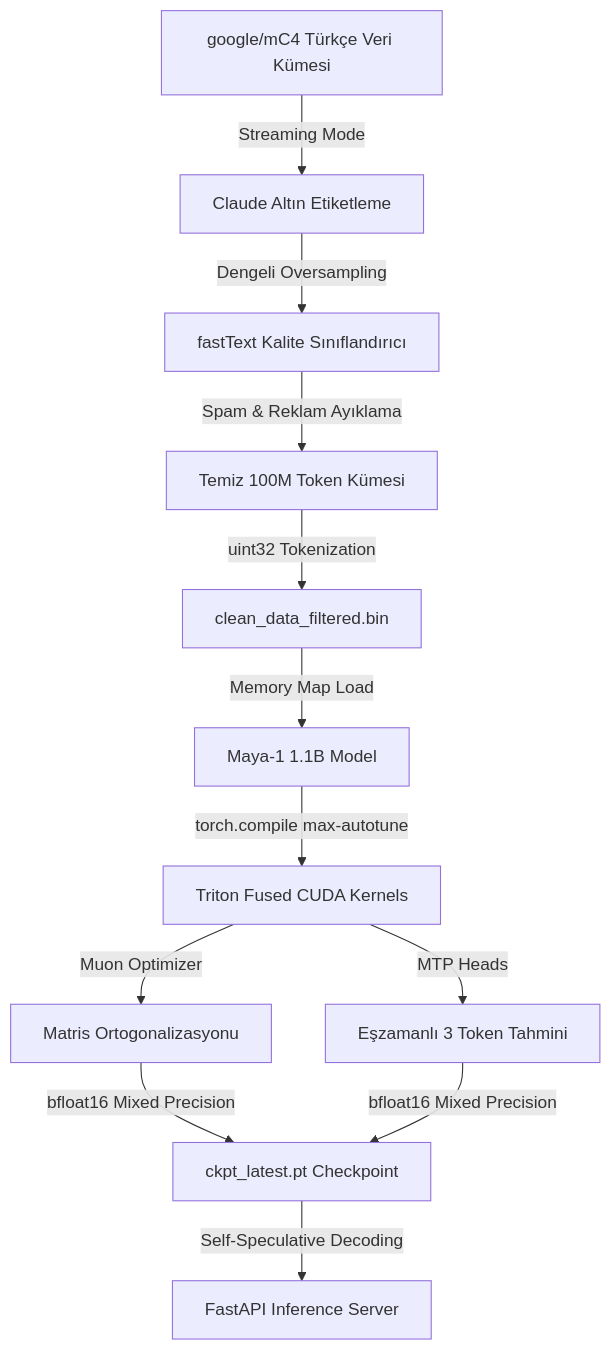
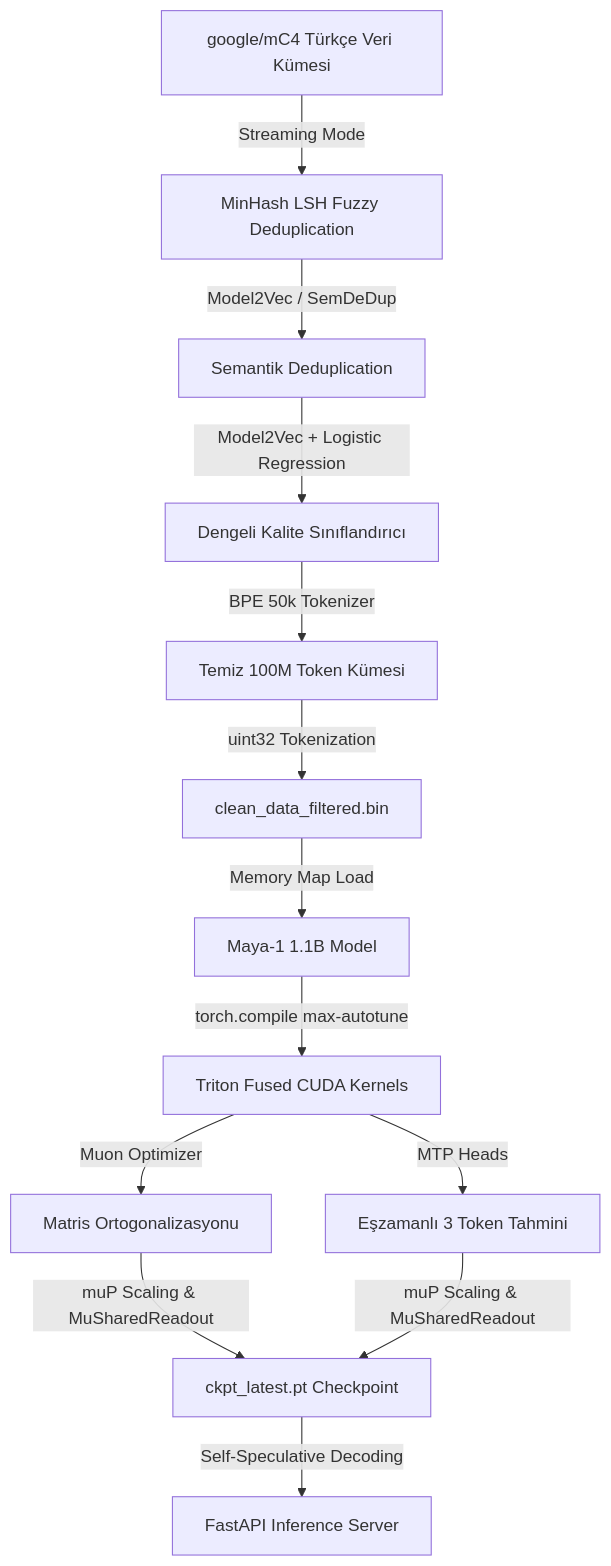
The diagram in README.md (Abdullah6262637/Maya-1), drawn with Mermaid before and after one commit. The commit also changed other lines of this file and 1 other file, not shown here.

Commit message:
docs: update README.md with detailed new architectures and add repo_to_text.py utility

````diff
--- a/README.md
+++ b/README.md
@@ -39,15 +40,16 @@
 ```mermaid
 graph TD
-    A[google/mC4 Türkçe Veri Kümesi] -->|Streaming Mode| B[Claude Altın Etiketleme]
-    B -->|Dengeli Oversampling| C[fastText Kalite Sınıflandırıcı]
-    C -->|Spam & Reklam Ayıklama| D[Temiz 100M Token Kümesi]
-    D -->|uint32 Tokenization| E[clean_data_filtered.bin]
+    A[google/mC4 Türkçe Veri Kümesi] -->|Streaming Mode| B[MinHash LSH Fuzzy Deduplication]
+    B -->|Model2Vec / SemDeDup| C[Semantik Deduplication]
+    C -->|Model2Vec + Logistic Regression| D[Dengeli Kalite Sınıflandırıcı]
+    D -->|BPE 50k Tokenizer| E[Temiz 100M Token Kümesi]
+    E -->|uint32 Tokenization| F[clean_data_filtered.bin]
     
-    E -->|Memory Map Load| F[Maya-1 1.1B Model]
-    F -->|torch.compile max-autotune| G[Triton Fused CUDA Kernels]
-    G -->|Muon Optimizer| H[Matris Ortogonalizasyonu]
-    G -->|MTP Heads| I[Eşzamanlı 3 Token Tahmini]
+    F -->|Memory Map Load| G[Maya-1 1.1B Model]
+    G -->|torch.compile max-autotune| H[Triton Fused CUDA Kernels]
+    H -->|Muon Optimizer| I[Matris Ortogonalizasyonu]
+    H -->|MTP Heads| J[Eşzamanlı 3 Token Tahmini]
     
-    H & I -->|bfloat16 Mixed Precision| J[ckpt_latest.pt Checkpoint]
-    J -->|Self-Speculative Decoding| K[FastAPI Inference Server]
+    I & J -->|muP Scaling & MuSharedReadout| K[ckpt_latest.pt Checkpoint]
+    K -->|Self-Speculative Decoding| L[FastAPI Inference Server]
 ```
````
